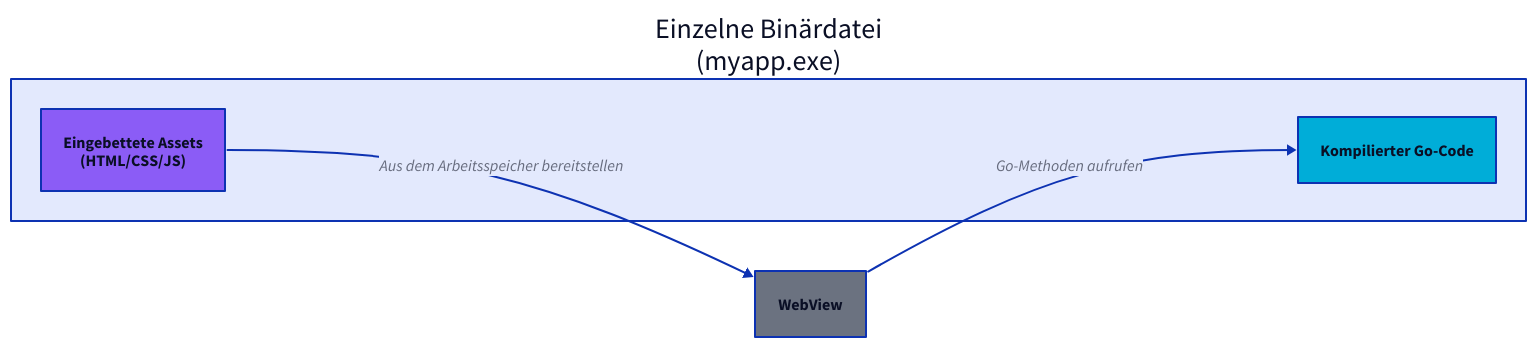
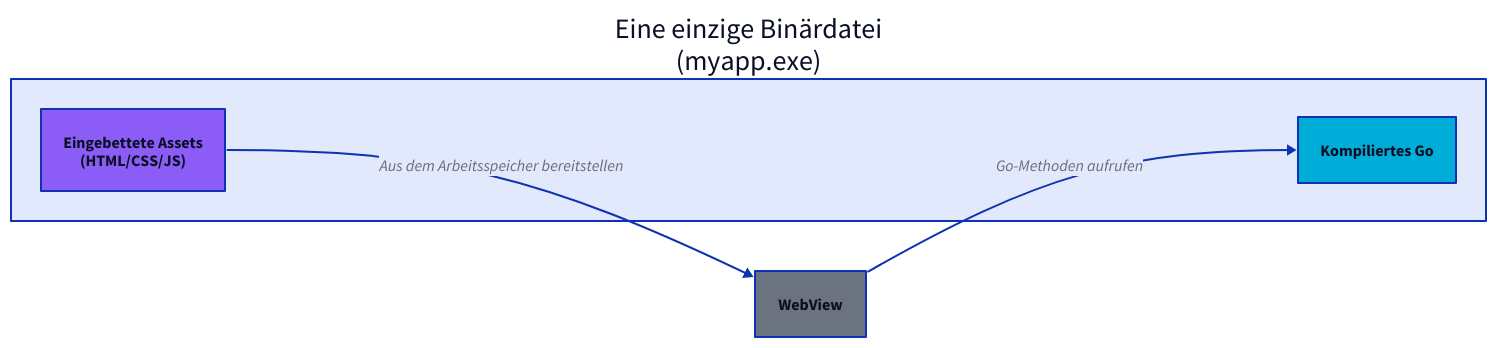
The seventh of 8 diagrams in docs/mpress/content/de/concepts/architecture.md (wailsapp/wails), drawn with D2 before and after one commit. The commit also changed other lines of this file and 1096 other files, not shown here.

````diff
--- a/docs/mpress/content/de/concepts/architecture.md
+++ b/docs/mpress/content/de/concepts/architecture.md
@@ -489,23 +489,23 @@
 ```d2
 direction: right
 
-Binary: "Einzelne Binärdatei\n(myapp.exe)" {
-  GoCode: Kompilierter Go-Code {
+Binary: "Eine einzige Binärdatei\n(myapp.exe)" {
+  GoCode: Kompiliertes Go {
     shape: rectangle
     style.fill: "#00ADD8"
   }
 
   Assets: "Eingebettete Assets\n(HTML/CSS/JS)" {
     shape: rectangle
     style.fill: "#8B5CF6"
   }
 }
 
 WebView: WebView {
   shape: rectangle
   style.fill: "#6B7280"
 }
 
 Binary.Assets -> WebView: Aus dem Arbeitsspeicher bereitstellen
 WebView -> Binary.GoCode: Go-Methoden aufrufen
 ```
````
